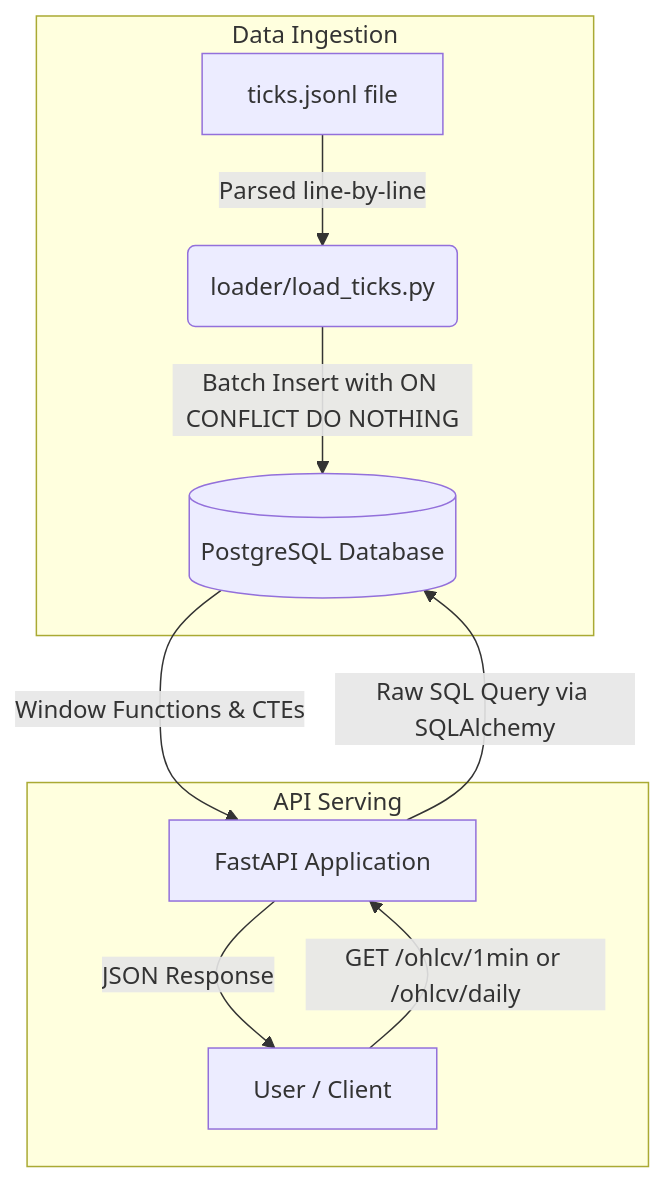
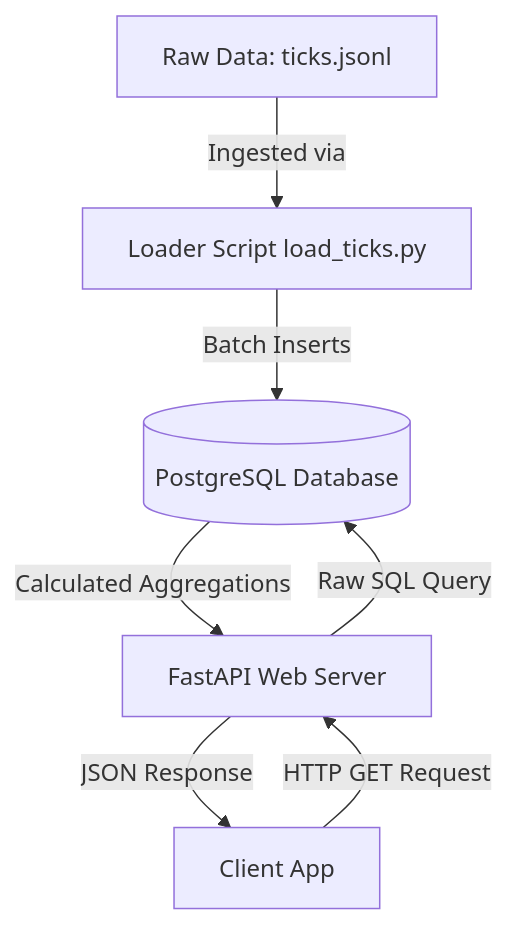
One commit to JohnDoeShallLive/tradex-candle-service changed the first of 4 diagrams in ohlcv_service/README.md. Above: the diagram before and after it, drawn with Mermaid. The commit also changed other lines of this file, not shown here.

````diff
--- a/ohlcv_service/README.md
+++ b/ohlcv_service/README.md
@@ -9,14 +74,9 @@
 ```mermaid
-flowchart TD
-    subgraph Data Ingestion
-        A[ticks.jsonl file] -->|Parsed line-by-line| B(loader/load_ticks.py)
-        B -->|Batch Insert with ON CONFLICT DO NOTHING| C[(PostgreSQL Database)]
-    end
-
-    subgraph API Serving
-        U[User / Client] -->|GET /ohlcv/1min or /ohlcv/daily| F[FastAPI Application]
-        F -->|Raw SQL Query via SQLAlchemy| C
-        C -->|Window Functions & CTEs| F
-        F -->|JSON Response| U
-    end
+graph TD
+    A[Raw Data: ticks.jsonl] -->|Ingested via| B[Loader Script load_ticks.py]
+    B -->|Batch Inserts| C[(PostgreSQL Database)]
+    D[Client App] -->|HTTP GET Request| E[FastAPI Web Server]
+    E -->|Raw SQL Query| C
+    C -->|Calculated Aggregations| E
+    E -->|JSON Response| D
 ```
````
